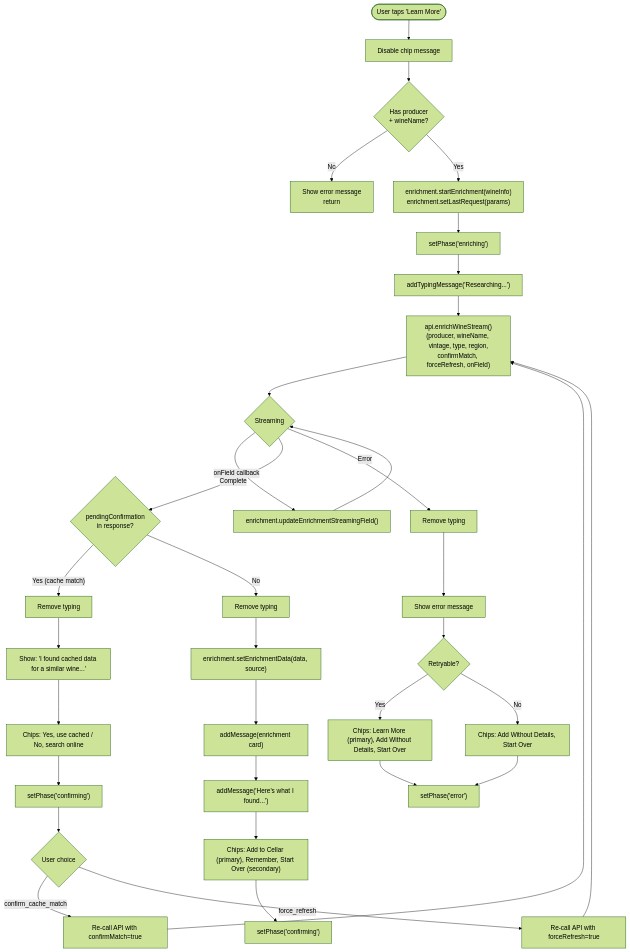
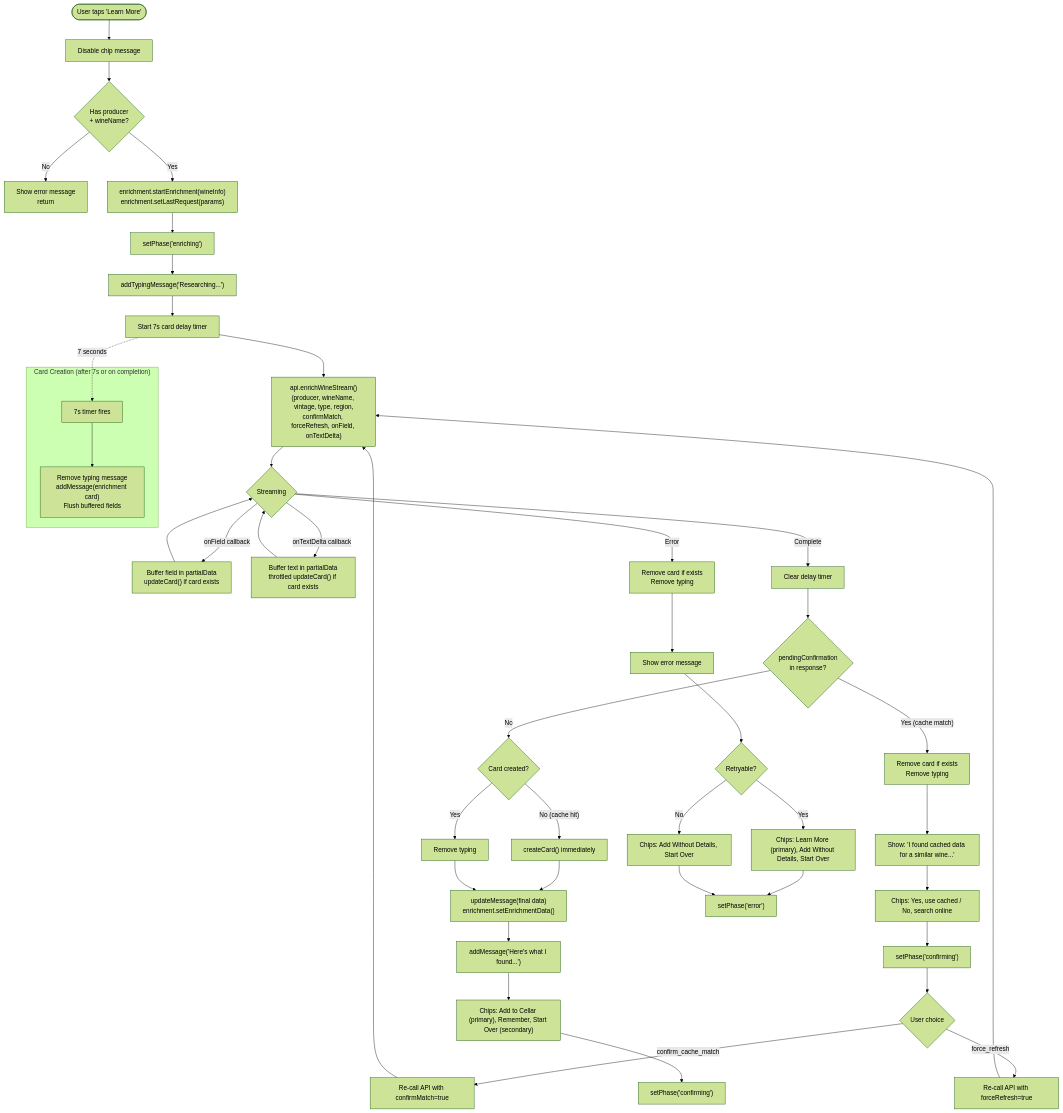
Before and after one commit to philhumber/wineApp: the fourth of 7 diagrams in docs/AGENT_FLOW.md, drawn with Mermaid (forest theme). The commit also changed other lines of this file and 41 other files, not shown here.

````diff
--- a/docs/AGENT_FLOW.md
+++ b/docs/AGENT_FLOW.md
@@ -337,43 +337,55 @@
 ```mermaid
 flowchart TB
     LearnMore(["User taps 'Learn More'"]) --> DisableChip[Disable chip message]
     DisableChip --> CheckResult{Has producer<br/>+ wineName?}
     CheckResult -->|No| ShowError["Show error message<br/>return"]
     CheckResult -->|Yes| StartEnrich["enrichment.startEnrichment(wineInfo)<br/>enrichment.setLastRequest(params)"]
 
     StartEnrich --> SetPhase["setPhase('enriching')"]
     SetPhase --> AddTyping["addTypingMessage('Researching...')"]
-    AddTyping --> CallAPI["api.enrichWineStream()<br/>(producer, wineName, vintage, type, region,<br/>confirmMatch, forceRefresh, onField)"]
+    AddTyping --> StartTimer["Start 7s card delay timer"]
+    StartTimer --> CallAPI["api.enrichWineStream()<br/>(producer, wineName, vintage, type, region,<br/>confirmMatch, forceRefresh, onField, onTextDelta)"]
 
     CallAPI --> Streaming{Streaming}
-    Streaming -->|"onField callback"| UpdateField["enrichment.updateEnrichmentStreamingField()"]
-    UpdateField --> Streaming
+    Streaming -->|"onField callback"| BufferField["Buffer field in partialData<br/>updateCard() if card exists"]
+    BufferField --> Streaming
+    Streaming -->|"onTextDelta callback"| BufferText["Buffer text in partialData<br/>throttled updateCard() if card exists"]
+    BufferText --> Streaming
 
-    Streaming -->|"Complete"| CheckPending{pendingConfirmation<br/>in response?}
+    subgraph CardDelay["Card Creation (after 7s or on completion)"]
+        Timer["7s timer fires"] --> CreateCard["Remove typing message<br/>addMessage(enrichment card)<br/>Flush buffered fields"]
+    end
+    StartTimer -.->|"7 seconds"| Timer
 
-    CheckPending -->|"Yes (cache match)"| RemoveTyping1[Remove typing]
-    RemoveTyping1 --> ShowCacheMsg["Show: 'I found cached data for a similar wine...'"]
+    Streaming -->|"Complete"| ClearTimer["Clear delay timer"]
+    ClearTimer --> CheckPending{pendingConfirmation<br/>in response?}
+
+    CheckPending -->|"Yes (cache match)"| RemoveCard1["Remove card if exists<br/>Remove typing"]
+    RemoveCard1 --> ShowCacheMsg["Show: 'I found cached data for a similar wine...'"]
     ShowCacheMsg --> CacheChips["Chips: Yes, use cached / No, search online"]
     CacheChips --> SetConfirming1["setPhase('confirming')"]
 
     SetConfirming1 --> CacheChoice{User choice}
     CacheChoice -->|"confirm_cache_match"| RestartConfirm["Re-call API with confirmMatch=true"]
     CacheChoice -->|"force_refresh"| RestartRefresh["Re-call API with forceRefresh=true"]
     RestartConfirm --> CallAPI
     RestartRefresh --> CallAPI
 
-    CheckPending -->|"No"| RemoveTyping2[Remove typing]
-    RemoveTyping2 --> StoreData["enrichment.setEnrichmentData(data, source)"]
-    StoreData --> AddCard["addMessage(enrichment card)"]
-    AddCard --> AddText["addMessage('Here's what I found...')"]
+    CheckPending -->|"No"| EnsureCard{"Card created?"}
+    EnsureCard -->|"No (cache hit)"| CreateCardNow["createCard() immediately"]
+    EnsureCard -->|"Yes"| RemoveTyping2["Remove typing"]
+    CreateCardNow --> FinalUpdate
+    RemoveTyping2 --> FinalUpdate
+    FinalUpdate["updateMessage(final data)<br/>enrichment.setEnrichmentData()"]
+    FinalUpdate --> AddText["addMessage('Here's what I found...')"]
     AddText --> PostChips["Chips: Add to Cellar (primary), Remember, Start Over (secondary)"]
     PostChips --> SetConfirming2["setPhase('confirming')"]
 
-    Streaming -->|"Error"| RemoveTyping3[Remove typing]
-    RemoveTyping3 --> HandleError["Show error message"]
+    Streaming -->|"Error"| RemoveCard3["Remove card if exists<br/>Remove typing"]
+    RemoveCard3 --> HandleError["Show error message"]
     HandleError --> ErrorChips{Retryable?}
     ErrorChips -->|Yes| RetryChips["Chips: Learn More (primary), Add Without Details, Start Over"]
     ErrorChips -->|No| NoRetryChips["Chips: Add Without Details, Start Over"]
     RetryChips --> SetError["setPhase('error')"]
     NoRetryChips --> SetError
 ```
````
